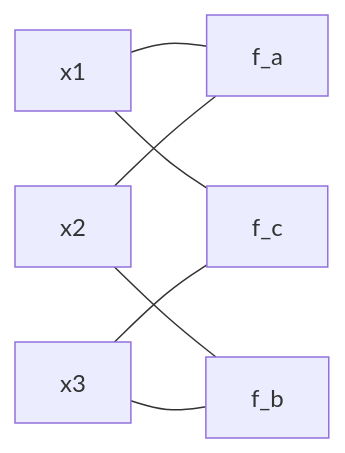
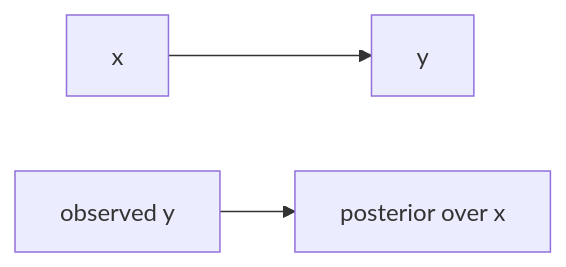
Diagram 11 of 11 in src/learn/prml/08-graphical-models.qmd (luyiyun/Notes), drawn with Mermaid before and after one commit. The commit also changed other lines of this file, not shown here.

````diff
--- a/src/learn/prml/08-graphical-models.qmd
+++ b/src/learn/prml/08-graphical-models.qmd
@@ -953,11 +921,7 @@
 ```{mermaid}
-%%| label: fig-factor-graph
-%%| fig-cap: "因子图显式表示变量与局部因子的连接关系。"
+%%| label: fig-bayes-inference
+%%| fig-cap: "Bayes theorem 可以看成观测 y 后，把关于 x 的先验更新为后验。"
 flowchart LR
-  X1["x1"] --- F1["f_a"]
-  X2["x2"] --- F1
-  X2 --- F2["f_b"]
-  X3["x3"] --- F2
-  X1 --- F3["f_c"]
-  X3 --- F3
+  X1["x"] --> Y1["y"]
+  Y2["observed y"] --> X2["posterior over x"]
 ```
````
